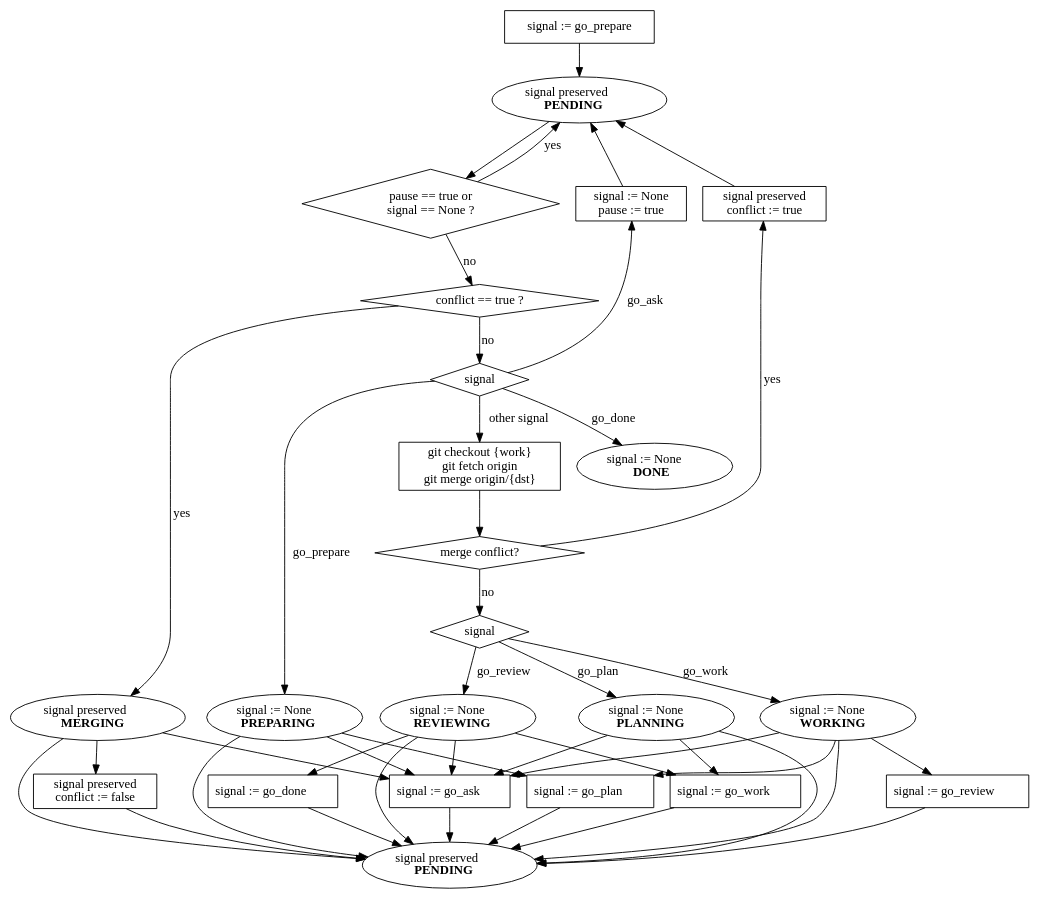
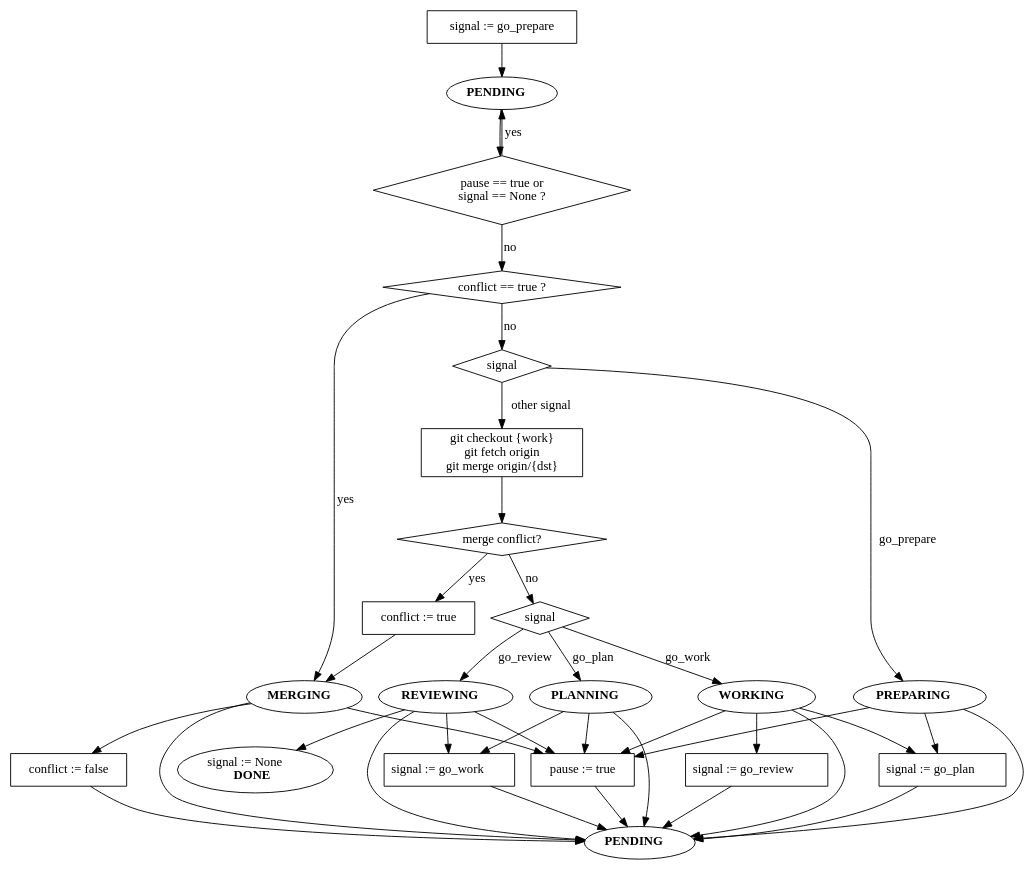
The diagram in docs/transitions.dot (milyin/zbobr), drawn with Graphviz before and after one commit.

Commit message:
transition updated

```diff
--- a/docs/transitions.dot
+++ b/docs/transitions.dot
@@ -1,96 +1,89 @@
 // Graphviz .dot description of task state transitions for dispatcher
 // States: PENDING, PREPARING, PLANNING, WORKING, REVIEWING, MERGING, DONE
 // Transitions controlled by signal and flags
 
 digraph dispatcher_states {
     rankdir=UD;
 
     { rank=min; GO_PREPARE; }
     { rank=same; PENDING; }
-    { rank=same; CHECK_PAUSE; SET_PAUSE_FLAG; SET_CONFLICT_FLAG }
     { rank=same; PREPARING; PLANNING; WORKING; REVIEWING; MERGING } 
-    { rank=same; GO_ASK; GO_PLAN; GO_WORK; GO_REVIEW; GO_DONE; CLEAR_CONFLICT_FLAG } 
+    { rank=same; GO_PLAN; GO_WORK; GO_REVIEW; CLEAR_CONFLICT_FLAG; SET_PAUSE_FLAG } 
     { rank=max; PENDING2; }
 
     splines=true;
     node [shape=ellipse];
-    node [group=git]; PULL; CHECK_MERGE_CONFLICT;
+    node [group=git]; CHECK_SIGNALS_SIMPLE; PULL; CHECK_MERGE_CONFLICT; 
 
     GO_PREPARE [shape=box, label="signal := go_prepare"];
    
     CHECK_PAUSE [shape=diamond, label="pause == true or\nsignal == None ?"];
     CHECK_CONFLICT_FLAG [shape=diamond, label="conflict == true ?"];
     CHECK_SIGNALS_SIMPLE [shape=diamond, label="signal"];
     PULL [shape=box, label="git checkout {work}\ngit fetch origin\ngit merge origin/{dst}"];
     CHECK_MERGE_CONFLICT [shape=diamond, label="merge conflict?"];
     CHECK_SIGNALS_REPO [shape=diamond, label="signal"];
-    SET_PAUSE_FLAG [shape=box, label="signal := None\npause := true"];
-    SET_CONFLICT_FLAG [shape=box, label="signal preserved\nconflict := true"];
-    CLEAR_CONFLICT_FLAG [shape=box, label="signal preserved\nconflict := false"];
+    SET_CONFLICT_FLAG [shape=box, label="conflict := true"];
+    CLEAR_CONFLICT_FLAG [shape=box, label="conflict := false"];
+    SET_PAUSE_FLAG [shape=box, label="pause := true"];
 
-    PENDING [ label = <signal preserved<br/><b>PENDING</b>>];
-    PENDING2 [ label = <signal preserved<br/><b>PENDING</b>>];
-    PREPARING [ label = <signal := None<br/><b>PREPARING</b>>];
-    PLANNING [ label = <signal := None<br/><b>PLANNING</b>>];
-    WORKING [ label = <signal := None<br/><b>WORKING</b>>];
-    REVIEWING [ label = <signal := None<br/><b>REVIEWING</b>>];
-    MERGING [ label = <signal preserved<br/><b>MERGING</b>>];
+    PENDING [ label = <<b>PENDING</b>>];
+    PENDING2 [ label = <<b>PENDING</b>>];
+    PREPARING [ label = <<b>PREPARING</b>>];
+    PLANNING [ label = <<b>PLANNING</b>>];
+    WORKING [ label = <<b>WORKING</b>>];
+    REVIEWING [ label = <<b>REVIEWING</b>>];
+    MERGING [ label = <<b>MERGING</b>>];
     DONE [ label = <signal := None<br/><b>DONE</b>>];
 
     GO_PREPARE [ shape = box; label = <signal := go_prepare> ];
     GO_PLAN[ shape = box; label = <signal := go_plan> ];
     GO_WORK[ shape = box; label = <signal := go_work> ];
     GO_REVIEW[ shape = box; label = <signal := go_review> ];
-    GO_ASK [ shape = box; label = <signal := go_ask> ];
-    GO_DONE [ shape = box; label = <signal := go_done> ];
 
     // dispatcher evaluation flow
     GO_PREPARE -> PENDING;
     PENDING -> CHECK_PAUSE;
     CHECK_PAUSE -> PENDING [label="yes"];
     CHECK_PAUSE -> CHECK_CONFLICT_FLAG [label="no"];
     CHECK_CONFLICT_FLAG -> MERGING [label="yes"];
     CHECK_CONFLICT_FLAG -> CHECK_SIGNALS_SIMPLE [label="no"];
     CHECK_SIGNALS_SIMPLE -> PREPARING [label="go_prepare"];
-    CHECK_SIGNALS_SIMPLE -> DONE [label="go_done"];
-    CHECK_SIGNALS_SIMPLE -> SET_PAUSE_FLAG [label="go_ask"];
     CHECK_SIGNALS_SIMPLE -> PULL [label="other signal"];
     PULL -> CHECK_MERGE_CONFLICT;
     CHECK_MERGE_CONFLICT -> SET_CONFLICT_FLAG [label="yes"];
-    SET_CONFLICT_FLAG -> PENDING;
-    SET_PAUSE_FLAG -> PENDING;
+    SET_CONFLICT_FLAG -> MERGING;
     CHECK_MERGE_CONFLICT -> CHECK_SIGNALS_REPO [label="no"];
     CHECK_SIGNALS_REPO -> PLANNING  [label="go_plan"];
     CHECK_SIGNALS_REPO -> REVIEWING  [label="go_review"];
     CHECK_SIGNALS_REPO -> WORKING   [label="go_work"];
 
     // Session possible outcomes
     PREPARING -> GO_PLAN
-    PREPARING -> GO_ASK
+    PREPARING -> SET_PAUSE_FLAG
     PREPARING -> PENDING2
 
     PLANNING -> GO_WORK
-    PLANNING -> GO_ASK
+    PLANNING -> SET_PAUSE_FLAG
     PLANNING -> PENDING2
 
     WORKING -> GO_REVIEW
     WORKING -> GO_PLAN
-    WORKING -> GO_ASK
+    WORKING -> SET_PAUSE_FLAG
     WORKING -> PENDING2
 
     REVIEWING -> GO_WORK
-    REVIEWING -> GO_ASK
-    REVIEWING -> GO_DONE
+    REVIEWING -> SET_PAUSE_FLAG
+    REVIEWING -> DONE
     REVIEWING -> PENDING2
 
     MERGING -> CLEAR_CONFLICT_FLAG
-    MERGING -> GO_ASK
+    MERGING -> SET_PAUSE_FLAG
     MERGING -> PENDING2
 
     GO_PLAN -> PENDING2;
-    GO_ASK -> PENDING2;
+    SET_PAUSE_FLAG -> PENDING2;
     GO_WORK -> PENDING2;
     GO_REVIEW -> PENDING2;
-    GO_DONE -> PENDING2;
     CLEAR_CONFLICT_FLAG -> PENDING2;
 }
```
